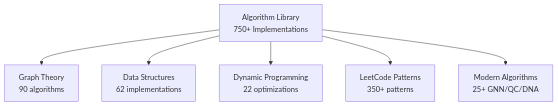
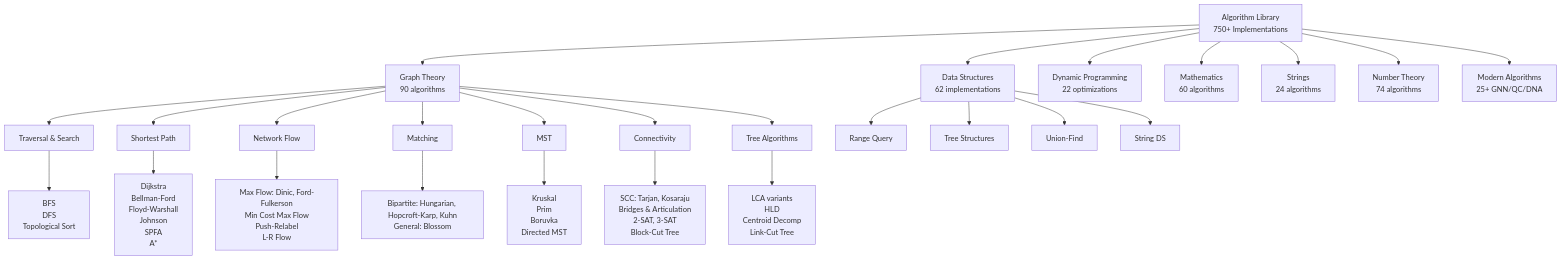
Before and after one commit to Mahir101/codeum: the third of 25 diagrams in README.md, drawn with Mermaid. The commit also changed other lines of this file, not shown here.

````diff
--- a/README.md
+++ b/README.md
@@ -352,9 +182,33 @@
 ```mermaid
 graph TD
     ROOT[Algorithm Library<br/>750+ Implementations]
+    
     ROOT --> GT[Graph Theory<br/>90 algorithms]
     ROOT --> DS[Data Structures<br/>62 implementations]
     ROOT --> DP[Dynamic Programming<br/>22 optimizations]
-    ROOT --> LC[LeetCode Patterns<br/>350+ patterns]
+    ROOT --> MATH[Mathematics<br/>60 algorithms]
+    ROOT --> STR[Strings<br/>24 algorithms]
+    ROOT --> NT[Number Theory<br/>74 algorithms]
     ROOT --> MOD[Modern Algorithms<br/>25+ GNN/QC/DNA]
+    
+    GT --> GT1[Traversal & Search]
+    GT --> GT2[Shortest Path]
+    GT --> GT3[Network Flow]
+    GT --> GT4[Matching]
+    GT --> GT5[MST]
+    GT --> GT6[Connectivity]
+    GT --> GT7[Tree Algorithms]
+    
+    GT1 --> GT1A[BFS<br/>DFS<br/>Topological Sort]
+    GT2 --> GT2A[Dijkstra<br/>Bellman-Ford<br/>Floyd-Warshall<br/>Johnson<br/>SPFA<br/>A*]
+    GT3 --> GT3A[Max Flow: Dinic, Ford-Fulkerson<br/>Min Cost Max Flow<br/>Push-Relabel<br/>L-R Flow]
+    GT4 --> GT4A[Bipartite: Hungarian, Hopcroft-Karp, Kuhn<br/>General: Blossom]
+    GT5 --> GT5A[Kruskal<br/>Prim<br/>Boruvka<br/>Directed MST]
+    GT6 --> GT6A[SCC: Tarjan, Kosaraju<br/>Bridges & Articulation<br/>2-SAT, 3-SAT<br/>Block-Cut Tree]
+    GT7 --> GT7A[LCA variants<br/>HLD<br/>Centroid Decomp<br/>Link-Cut Tree]
+    
+    DS --> DS1[Range Query]
+    DS --> DS2[Tree Structures]
+    DS --> DS3[Union-Find]
+    DS --> DS4[String DS]
 ```
````
